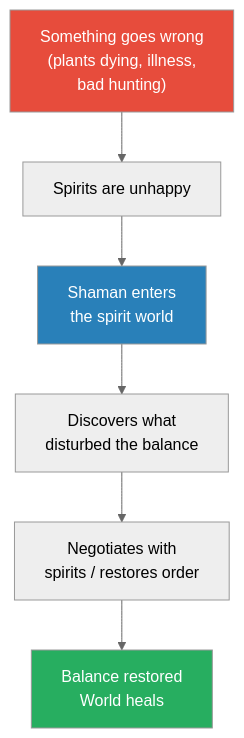
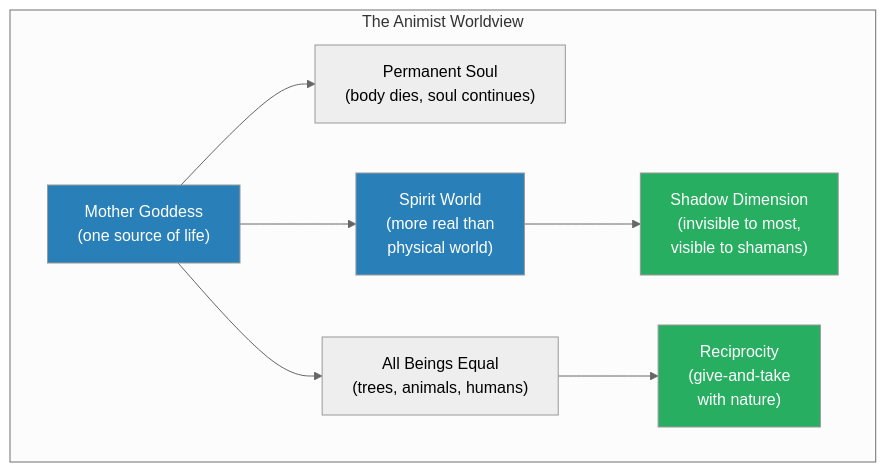
The third of 9 diagrams in summaries/Lectures/Civilization/03 - The Religious Imagination.md (alius33/reader), drawn with Mermaid (neutral theme) before and after one commit. The commit also changed other lines of this file and 78 other files, not shown here.

````diff
--- a/summaries/Lectures/Civilization/03 - The Religious Imagination.md
+++ b/summaries/Lectures/Civilization/03 - The Religious Imagination.md
@@ -224,12 +151,15 @@
 ```mermaid
 flowchart TB
-    BAD["Something goes wrong<br/>(plants dying, illness,<br/>bad hunting)"]
-    BAD --> WHY["Spirits are unhappy"]
-    WHY --> SHAMAN["Shaman enters<br/>the spirit world"]
-    SHAMAN --> DIAG["Discovers what<br/>disturbed the balance"]
-    DIAG --> FIX["Negotiates with<br/>spirits / restores order"]
-    FIX --> GOOD["Balance restored<br/>World heals"]
-    style BAD fill:#e74c3c,color:#fff
-    style SHAMAN fill:#2980b9,color:#fff
-    style GOOD fill:#27ae60,color:#fff
+    subgraph ANIM["The Animist Worldview"]
+        MG["Mother Goddess<br/>(one source of life)"]
+        MG --> SOUL["Permanent Soul<br/>(body dies, soul continues)"]
+        MG --> EQUAL["All Beings Equal<br/>(trees, animals, humans)"]
+        MG --> SPIRIT["Spirit World<br/>(more real than<br/>physical world)"]
+        SPIRIT --> SHADOW["Shadow Dimension<br/>(invisible to most,<br/>visible to shamans)"]
+        EQUAL --> RECIP["Reciprocity<br/>(give-and-take<br/>with nature)"]
+    end
+    style MG fill:#2980b9,color:#fff
+    style SPIRIT fill:#2980b9,color:#fff
+    style SHADOW fill:#27ae60,color:#fff
+    style RECIP fill:#27ae60,color:#fff
 ```
````
